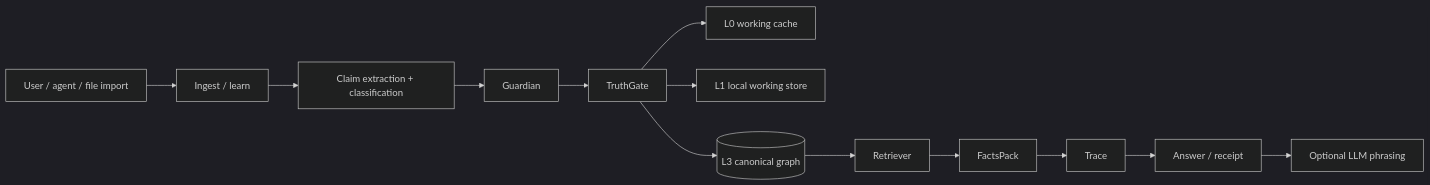
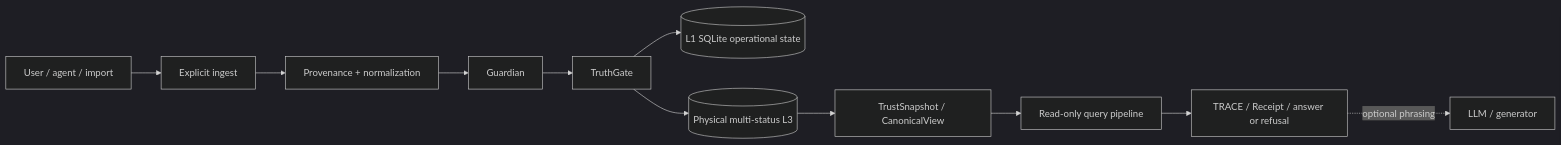
One commit to velantrian/velantrim-exocortex-crystal changed the diagram in docs/ARCHITECTURE.md. Above: the diagram before and after it, drawn with Mermaid (dark theme). The commit also changed other lines of this file and 11 other files, not shown here.

````diff
--- a/docs/ARCHITECTURE.md
+++ b/docs/ARCHITECTURE.md
@@ -45,15 +223,13 @@
 ```mermaid
 flowchart LR
-    U[User / agent / file import] --> I[Ingest / learn]
-    I --> C[Claim extraction + classification]
-    C --> G[Guardian]
+    U[User / agent / import] --> I[Explicit ingest]
+    I --> P[Provenance + normalization]
+    P --> G[Guardian]
     G --> T[TruthGate]
-    T --> L0[L0 working cache]
-    T --> L1[L1 local working store]
-    T --> L3[(L3 canonical graph)]
-    L3 --> R[Retriever]
-    R --> F[FactsPack]
-    F --> TR[Trace]
-    TR --> A[Answer / receipt]
-    A --> O[Optional LLM phrasing]
+    T --> L1[(L1 SQLite operational state)]
+    T --> L3[(Physical multi-status L3)]
+    L3 --> V[TrustSnapshot / CanonicalView]
+    V --> Q[Read-only query pipeline]
+    Q --> R[TRACE / Receipt / answer or refusal]
+    R -. optional phrasing .-> M[LLM / generator]
 ```
````
